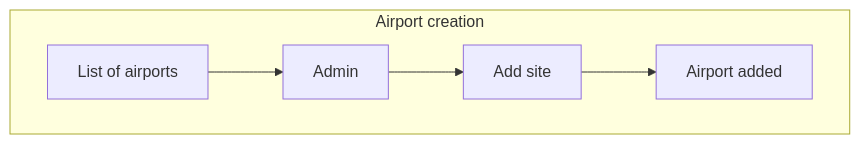
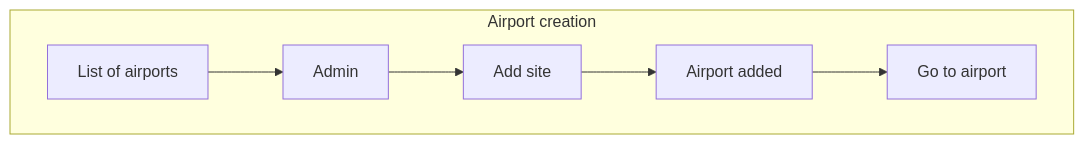
Before and after one commit to cbou/park-aero-test: the diagram in documentation/workflows/airport-creation.mmd, drawn with Mermaid.

Commit message:
Update workflow

```diff
--- a/documentation/workflows/airport-creation.mmd
+++ b/documentation/workflows/airport-creation.mmd
@@ -1,11 +1,13 @@
 flowchart TB
     subgraph AC[Airport creation]
         A[List of airports]
         B[Admin]
         C[Add site]
         D[Airport added]
+        E[Go to airport]
     end
 
     A --> B
     B --> C
     C --> D
+    D --> E
```
